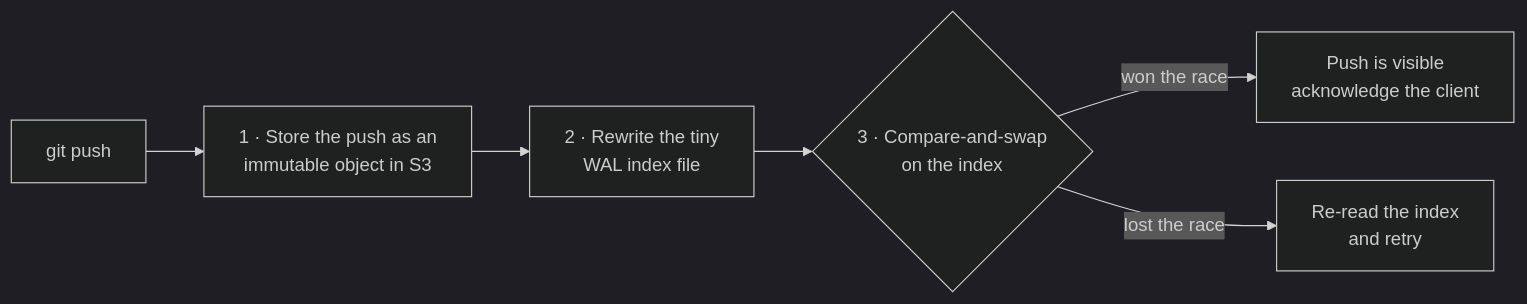
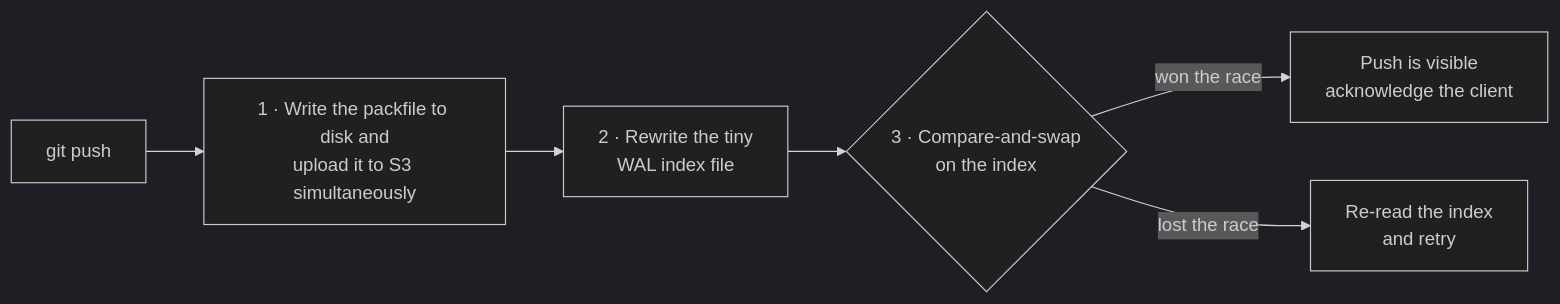
One commit to heyfirst/heyfirst.co changed the fifth of 5 diagrams in src/content/post/write-ahead-log/index.md. Above: the diagram before and after it, drawn with Mermaid (dark theme). The commit also changed other lines of this file, not shown here.

````diff
--- a/src/content/post/write-ahead-log/index.md
+++ b/src/content/post/write-ahead-log/index.md
@@ -322,8 +321,8 @@
 ```mermaid
 flowchart LR
-    P["git push"] --> O["1 · Store the push as an<br/>immutable object in S3"]
+    P["git push"] --> O["1 · Write the packfile to disk and<br/>upload it to S3 simultaneously"]
     O --> I["2 · Rewrite the tiny<br/>WAL index file"]
     I --> W{"3 · Compare-and-swap<br/>on the index"}
     W -->|won the race| OK["Push is visible<br/>acknowledge the client"]
     W -->|lost the race| L["Re-read the index<br/>and retry"]
 ```
````
